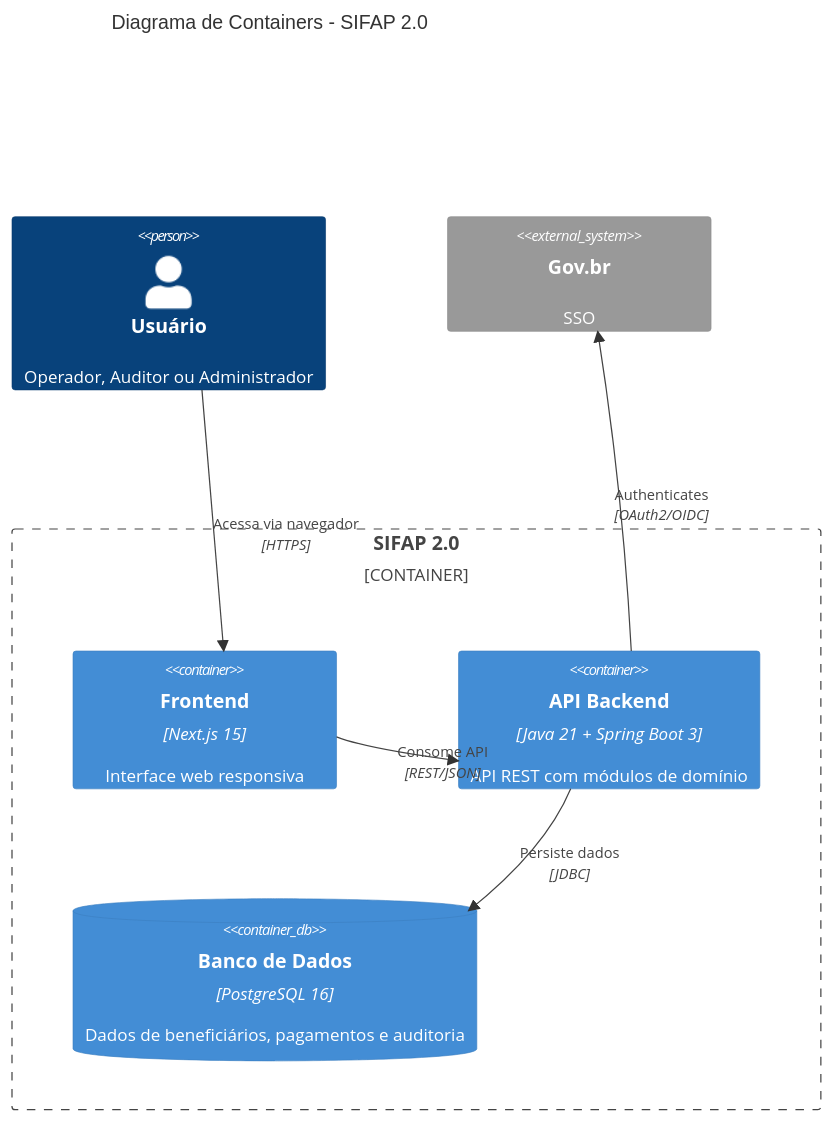
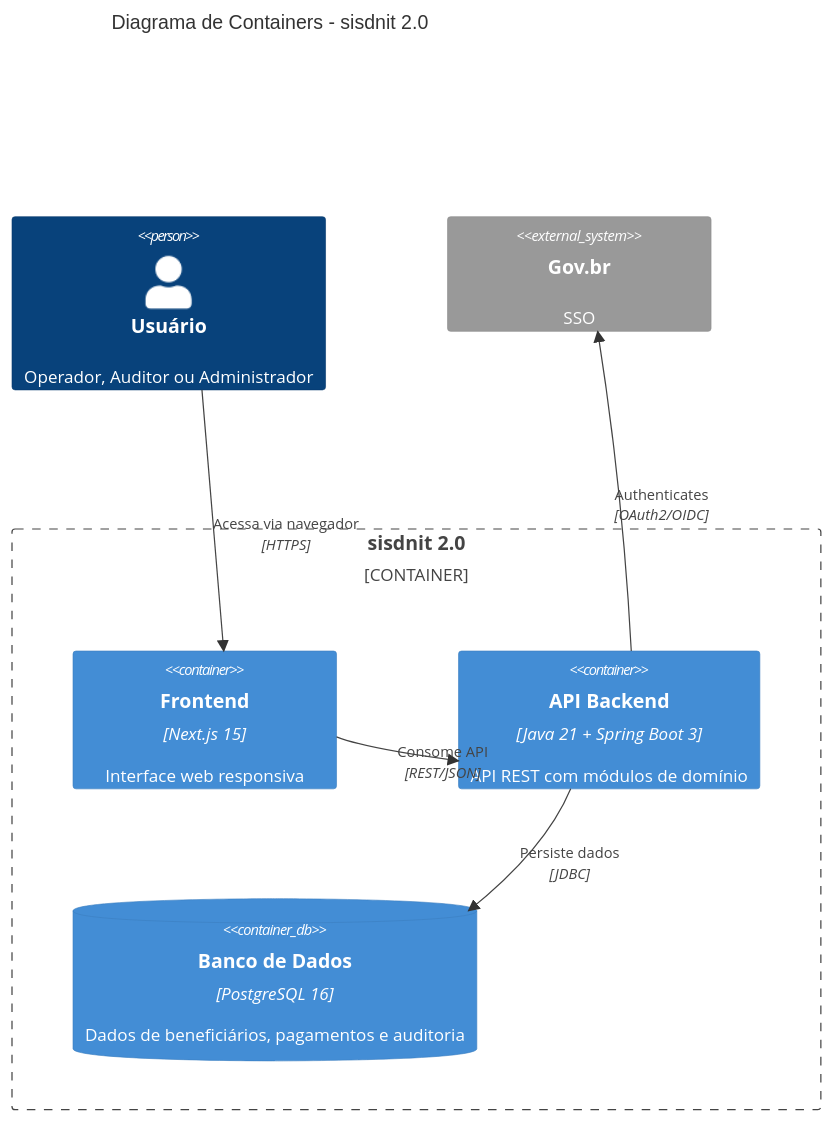
The second of 2 diagrams in 02-spec-moderna/GUIDE.md (serpro-sao-paulo/workshop-preto-01), drawn with Mermaid before and after one commit. The commit also changed other lines of this file and 258 other files, not shown here.

````diff
--- a/02-spec-moderna/GUIDE.md
+++ b/02-spec-moderna/GUIDE.md
@@ -333,19 +333,19 @@
 ```mermaid
 C4Container
- title Diagrama de Containers - SIFAP 2.0
+ title Diagrama de Containers - sisdnit 2.0
 
  Person(user, "Usuário", "Operador, Auditor ou Administrador")
 
- Container_Boundary(sifap, "SIFAP 2.0") {
+ Container_Boundary(sisdnit, "sisdnit 2.0") {
  Container(frontend, "Frontend", "Next.js 15", "Interface web responsiva")
  Container(backend, "API Backend", "Java 21 + Spring Boot 3", "API REST com módulos de domínio")
  ContainerDb(db, "Banco de Dados", "PostgreSQL 16", "Dados de beneficiários, pagamentos e auditoria")
  }
 
  System_Ext(govbr, "Gov.br", "SSO")
 
  Rel(user, frontend, "Acessa via navegador", "HTTPS")
  Rel(frontend, backend, "Consome API", "REST/JSON")
  Rel(backend, db, "Persiste dados", "JDBC")
  Rel(backend, govbr, "Authenticates", "OAuth2/OIDC")
 ```
````
